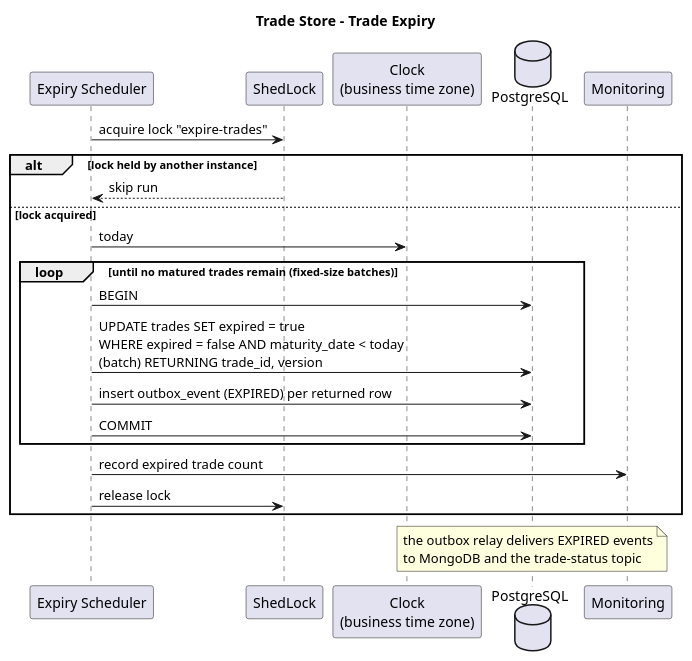
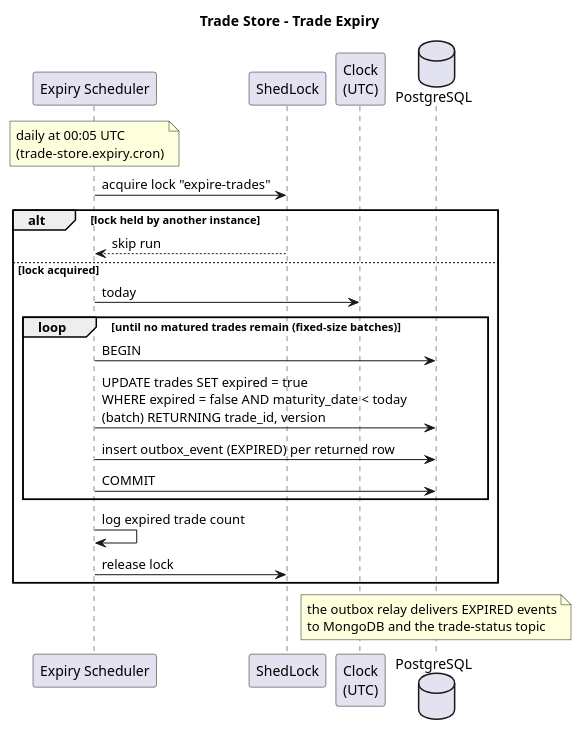
One commit to jabhijeet/trade-store changed the diagram in docs/diagrams/sequence-expiry.puml. Above: the diagram before and after it, drawn with PlantUML. The commit also changed 37 other files, not shown here.

First line of the commit message:
feat: Liquibase migrations, connection pools, compose stack and UTC clock

```diff
--- a/docs/diagrams/sequence-expiry.puml
+++ b/docs/diagrams/sequence-expiry.puml
@@ -1,26 +1,26 @@
 @startuml sequence-expiry
 title Trade Store - Trade Expiry
 
 participant "Expiry Scheduler" as scheduler
 participant "ShedLock" as shedlock
-participant "Clock\n(business time zone)" as clock
+participant "Clock\n(UTC)" as clock
 database "PostgreSQL" as postgres
-participant "Monitoring" as monitoring
 
+note over scheduler : daily at 00:05 UTC\n(trade-store.expiry.cron)
 scheduler -> shedlock : acquire lock "expire-trades"
 alt lock held by another instance
   shedlock --> scheduler : skip run
 else lock acquired
   scheduler -> clock : today
   loop until no matured trades remain (fixed-size batches)
     scheduler -> postgres : BEGIN
     scheduler -> postgres : UPDATE trades SET expired = true\nWHERE expired = false AND maturity_date < today\n(batch) RETURNING trade_id, version
     scheduler -> postgres : insert outbox_event (EXPIRED) per returned row
     scheduler -> postgres : COMMIT
   end
-  scheduler -> monitoring : record expired trade count
+  scheduler -> scheduler : log expired trade count
   scheduler -> shedlock : release lock
 end
 
 note over postgres : the outbox relay delivers EXPIRED events\nto MongoDB and the trade-status topic
 @enduml
```
